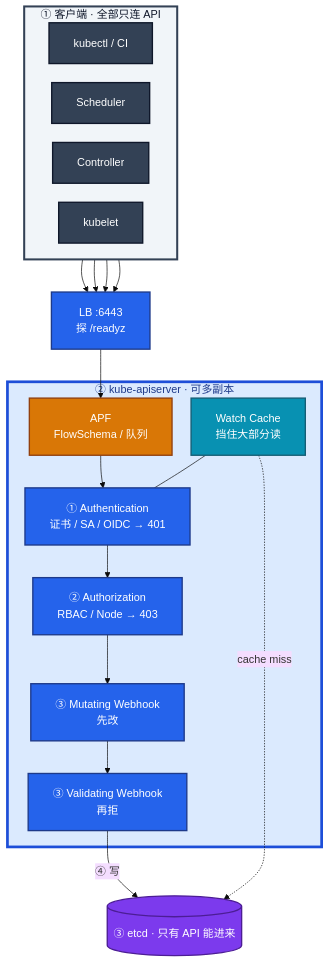
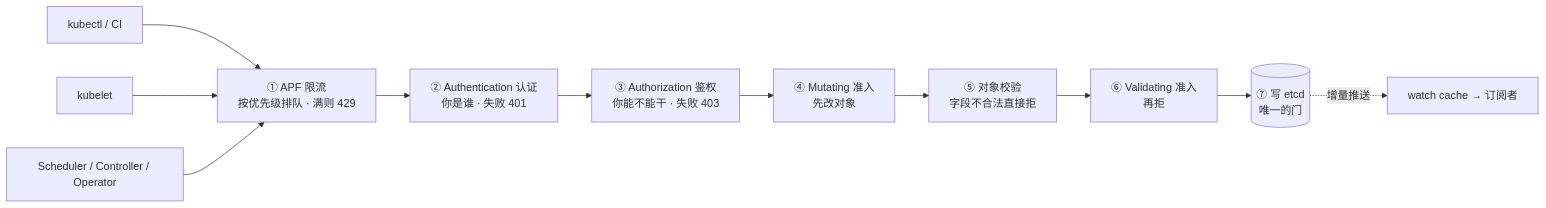
Before and after one commit to ml-cuizijun/LearnToLilith: the first of 6 diagrams in 03-Kubernetes/03-API-Server/知识点.md, drawn with Mermaid. The commit also changed other lines of this file and 470 other files, not shown here.

````diff
--- a/03-Kubernetes/03-API-Server/知识点.md
+++ b/03-Kubernetes/03-API-Server/知识点.md
@@ -82,47 +15,14 @@
 ```mermaid
-%%{init: {"flowchart": {"padding": 18, "nodeSpacing": 28, "rankSpacing": 48}, "theme": "base"}}%%
-flowchart TB
-    subgraph clients ["① 客户端 · 全部只连 API"]
-        direction LR
-        kubectl[kubectl / CI]
-        sch[Scheduler]
-        cm[Controller]
-        kl[kubelet]
-    end
-
-    lb["LB :6443<br/>探 /readyz"]
-
-    subgraph api ["② kube-apiserver · 可多副本"]
-        apf["APF<br/>FlowSchema / 队列"]
-        auth["① Authentication<br/>证书 / SA / OIDC → 401"]
-        az["② Authorization<br/>RBAC / Node → 403"]
-        mut["③ Mutating Webhook<br/>先改"]
-        val["③ Validating Webhook<br/>再拒"]
-        cache["Watch Cache<br/>挡住大部分读"]
-        apf --> auth --> az --> mut --> val
-        cache --- auth
-    end
-
-    etcd[("③ etcd · 只有 API 能进来")]
-
-    kubectl --> lb --> apf
-    sch --> lb
-    cm --> lb
-    kl --> lb
-    val -->|"④ 写"| etcd
-    cache -.->|"cache miss"| etcd
-
-    classDef api fill:#2563EB,stroke:#1E3A8A,stroke-width:2px,color:#fff
-    classDef etcdN fill:#7C3AED,stroke:#4C1D95,stroke-width:2px,color:#fff
-    classDef client fill:#334155,stroke:#0F172A,stroke-width:2px,color:#fff
-    classDef cacheC fill:#0891B2,stroke:#155E75,stroke-width:2px,color:#fff
-    classDef warn fill:#D97706,stroke:#92400E,stroke-width:2px,color:#fff
-    class auth,az,mut,val,lb api
-    class etcd etcdN
-    class kubectl,sch,cm,kl client
-    class cache cacheC
-    class apf warn
-
-    style clients fill:#F1F5F9,stroke:#334155,stroke-width:3px,color:#0F172A
-    style api fill:#DBEAFE,stroke:#1D4ED8,stroke-width:4px,color:#1E3A8A
+flowchart LR
+    K["kubectl / CI"] --> GATE
+    KL["kubelet"] --> GATE
+    SC["Scheduler / Controller / Operator"] --> GATE
+    GATE["① APF 限流<br/>按优先级排队 · 满则 429"]
+    GATE --> AU["② Authentication 认证<br/>你是谁 · 失败 401"]
+    AU --> AZ["③ Authorization 鉴权<br/>你能不能干 · 失败 403"]
+    AZ --> MU["④ Mutating 准入<br/>先改对象"]
+    MU --> VAL["⑤ 对象校验<br/>字段不合法直接拒"]
+    VAL --> VA["⑥ Validating 准入<br/>再拒"]
+    VA --> E[("⑦ 写 etcd<br/>唯一的门")]
+    E -.->|增量推送| W["watch cache → 订阅者"]
 ```
````
